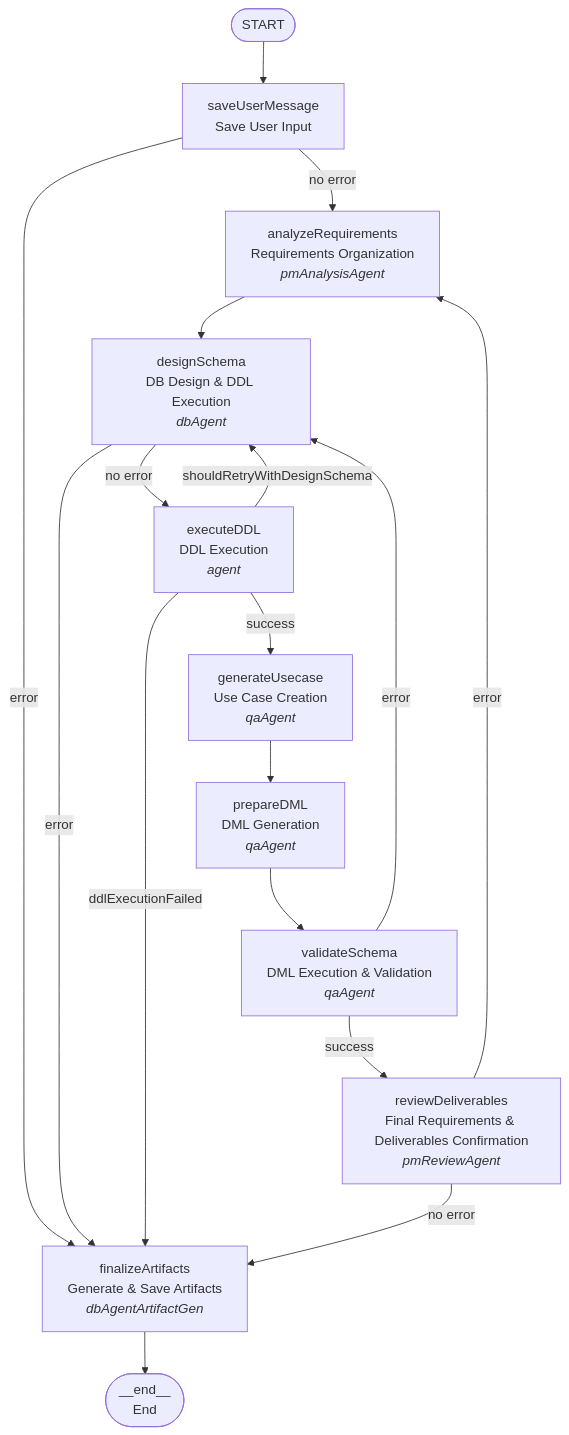
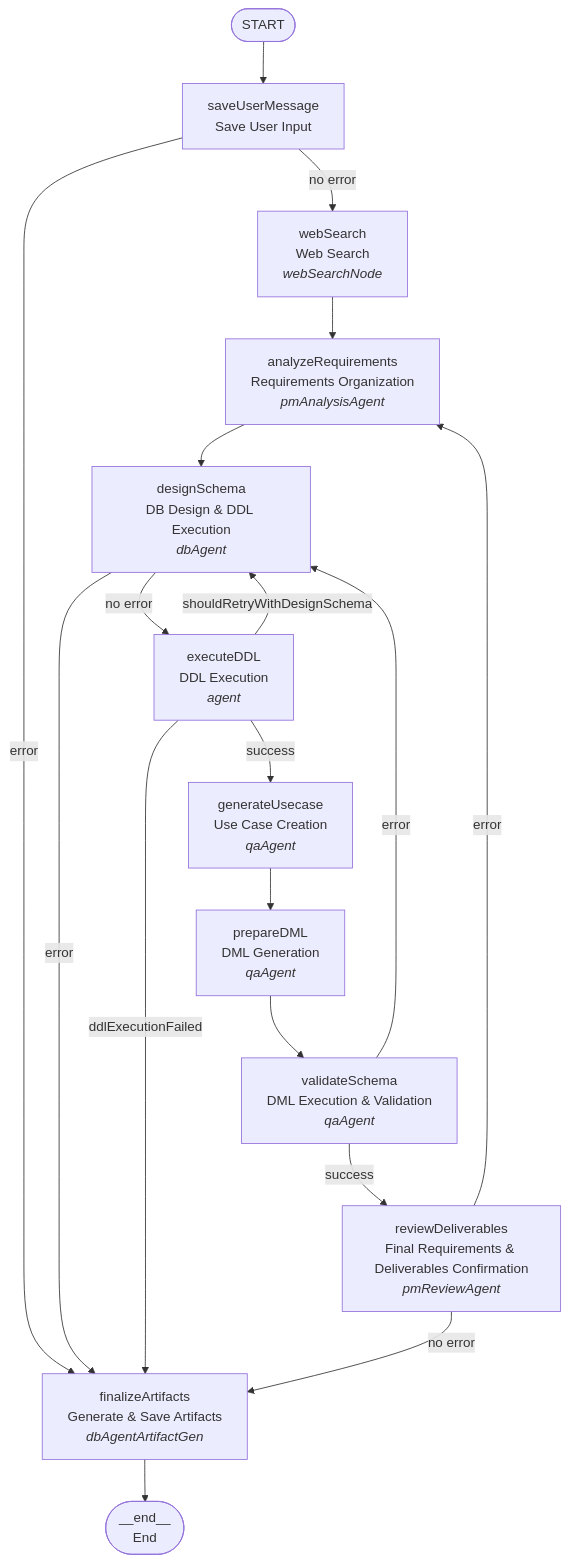
The diagram in frontend/internal-packages/agent/src/chat/workflow/README.md (yzkee/liam), drawn with Mermaid before and after one commit. The commit also changed other lines of this file, not shown here.

Commit message:
fix: correct LangGraph conditional edges in Mermaid diagram
- Add missing webSearch node to workflow diagram
- Fix conditional edge routing from saveUserMessage to webSearch
- Update conditional edge logic documentation
- Ensure diagram accurately represents actual workflow implementation

Fixes unexpected connections in Mermaid diagram by aligning with actual LangGraph implementation

````diff
--- a/frontend/internal-packages/agent/src/chat/workflow/README.md
+++ b/frontend/internal-packages/agent/src/chat/workflow/README.md
@@ -7,32 +7,34 @@
 ```mermaid
 flowchart TD
     START([START])
     SAVE[saveUserMessage<br/>Save User Input]
+    WEBSEARCH[webSearch<br/>Web Search<br/><i>webSearchNode</i>]
     ANALYZE[analyzeRequirements<br/>Requirements Organization<br/><i>pmAnalysisAgent</i>]
     DESIGN[designSchema<br/>DB Design & DDL Execution<br/><i>dbAgent</i>]
     EXECUTE_DDL[executeDDL<br/>DDL Execution<br/><i>agent</i>]
     GENERATE_USECASE[generateUsecase<br/>Use Case Creation<br/><i>qaAgent</i>]
     PREPARE_DML[prepareDML<br/>DML Generation<br/><i>qaAgent</i>]
     VALIDATE[validateSchema<br/>DML Execution & Validation<br/><i>qaAgent</i>]
     REVIEW[reviewDeliverables<br/>Final Requirements & Deliverables Confirmation<br/><i>pmReviewAgent</i>]
     FINALIZE[finalizeArtifacts<br/>Generate & Save Artifacts<br/><i>dbAgentArtifactGen</i>]
     END([__end__<br/>End])
 
     START --> SAVE
-    SAVE -->|no error| ANALYZE
+    SAVE -->|no error| WEBSEARCH
     SAVE -->|error| FINALIZE
+    WEBSEARCH --> ANALYZE
     ANALYZE --> DESIGN
     DESIGN -->|no error| EXECUTE_DDL
     DESIGN -->|error| FINALIZE
     EXECUTE_DDL -->|success| GENERATE_USECASE
     EXECUTE_DDL -->|shouldRetryWithDesignSchema| DESIGN
     EXECUTE_DDL -->|ddlExecutionFailed| FINALIZE
     GENERATE_USECASE --> PREPARE_DML
     PREPARE_DML --> VALIDATE
     VALIDATE -->|success| REVIEW
     VALIDATE -->|error| DESIGN
     REVIEW -->|no error| FINALIZE
     REVIEW -->|error| ANALYZE
     FINALIZE --> END
 
 ```
````
